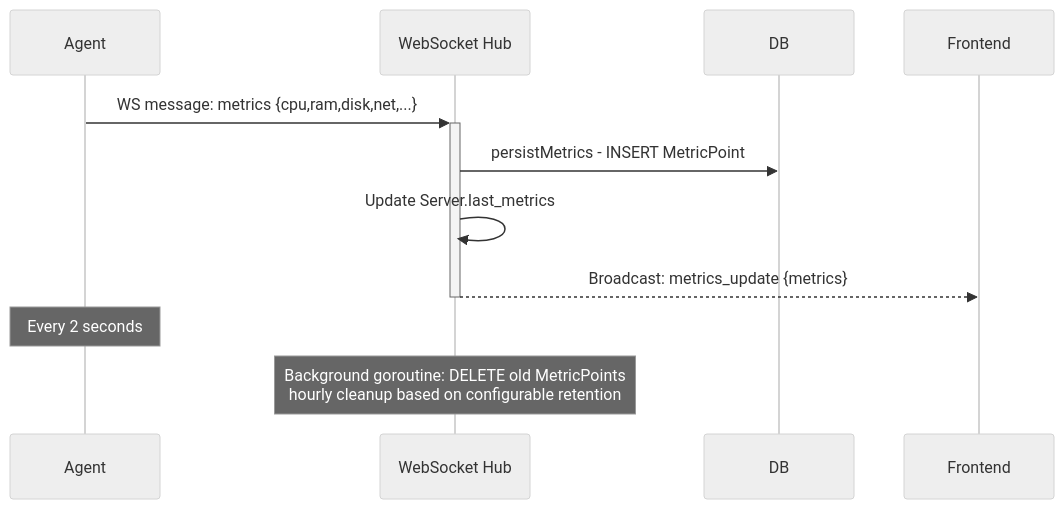
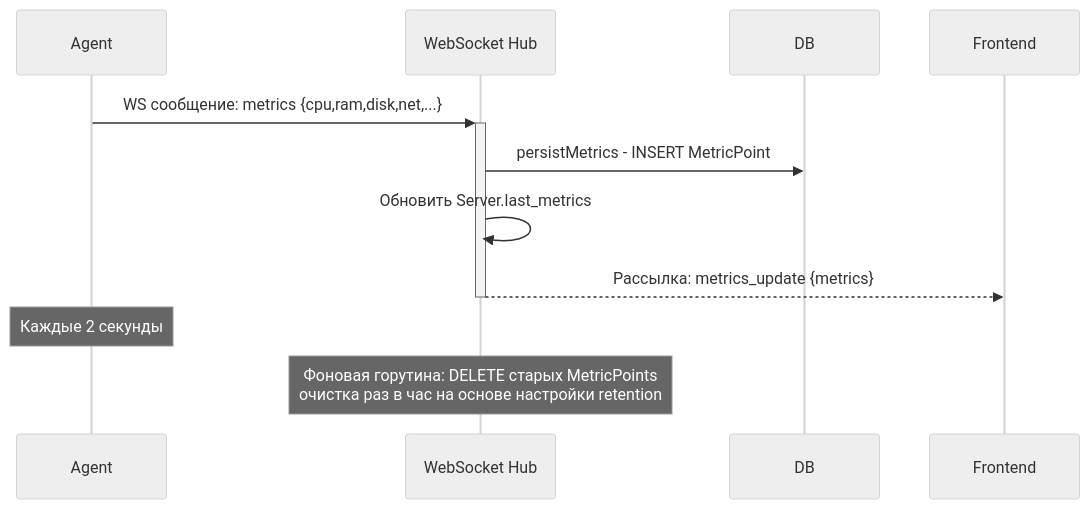
Before and after one commit to botoli/NovexPanel: the second of 6 diagrams in Review-NovexPanel.md, drawn with Mermaid (neutral theme). The commit also changed other lines of this file, not shown here.

````diff
--- a/Review-NovexPanel.md
+++ b/Review-NovexPanel.md
@@ -64,15 +68,15 @@
 ```mermaid
 sequenceDiagram
     participant Agent
     participant BackendHub as WebSocket Hub
     participant DB
     participant Frontend
 
-    Agent->>+BackendHub: WS message: metrics {cpu,ram,disk,net,...}
+    Agent->>+BackendHub: WS сообщение: metrics {cpu,ram,disk,net,...}
     BackendHub->>DB: persistMetrics - INSERT MetricPoint
-    BackendHub->>BackendHub: Update Server.last_metrics
-    BackendHub-->>-Frontend: Broadcast: metrics_update {metrics}
+    BackendHub->>BackendHub: Обновить Server.last_metrics
+    BackendHub-->>-Frontend: Рассылка: metrics_update {metrics}
     
-    Note over Agent: Every 2 seconds
-    Note over BackendHub: Background goroutine: DELETE old MetricPoints<br/>hourly cleanup based on configurable retention
+    Note over Agent: Каждые 2 секунды
+    Note over BackendHub: Фоновая горутина: DELETE старых MetricPoints<br/>очистка раз в час на основе настройки retention
 ```
````
